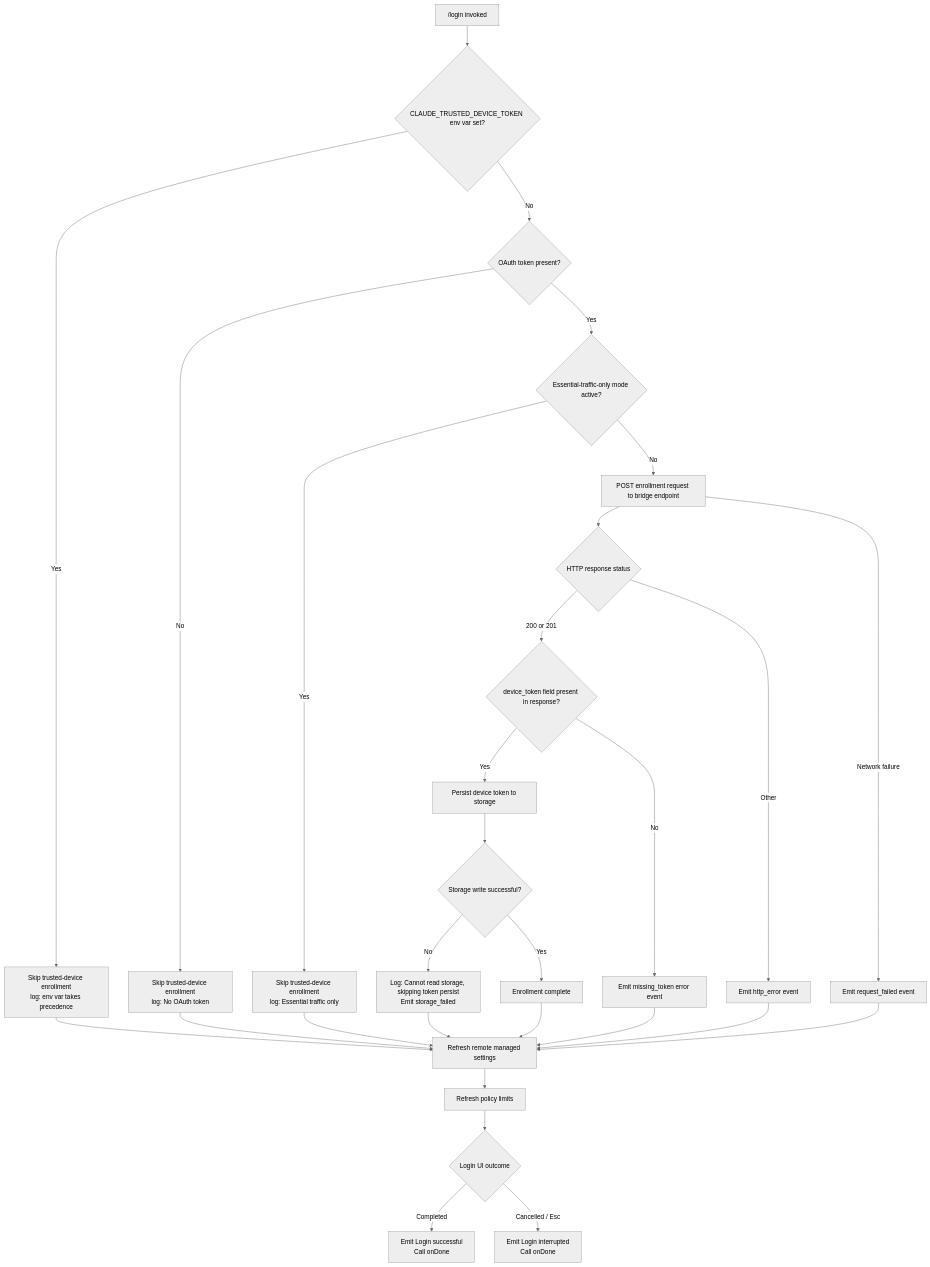
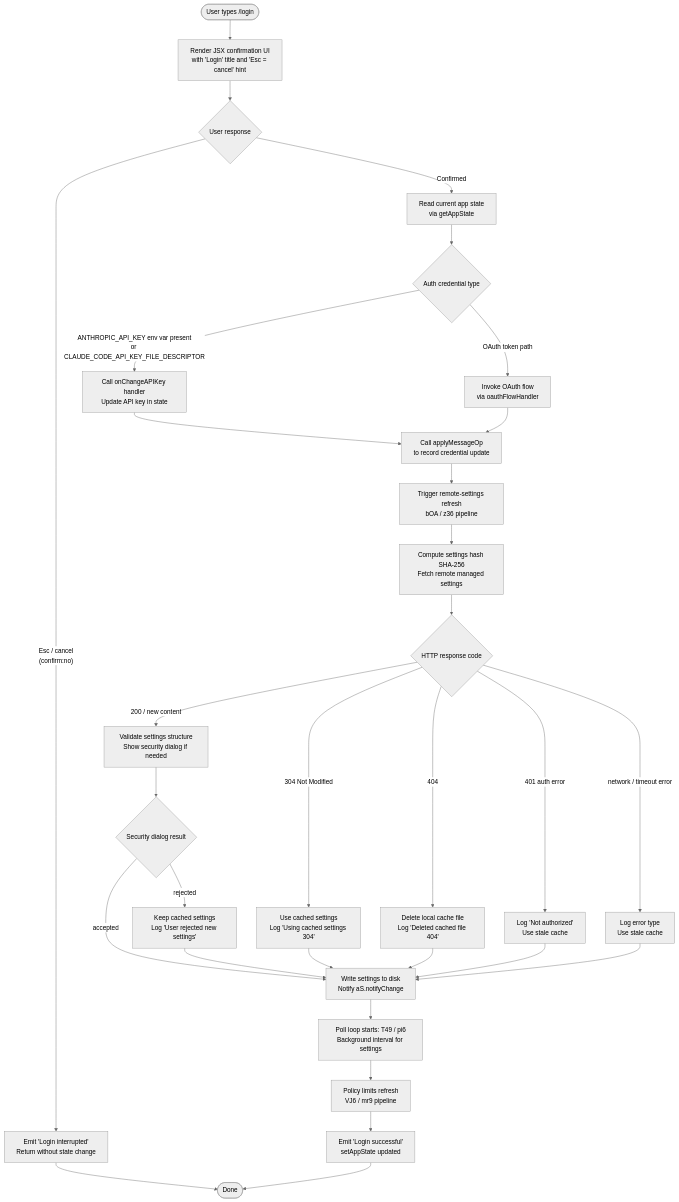
The diagram in versions/v2.1.133/login.md (MyLittleLuckyDog/cc-gnothi), drawn with Mermaid (neutral theme) before and after one commit. The commit also changed other lines of this file and 95 other files, not shown here.

````diff
--- a/versions/v2.1.133/login.md
+++ b/versions/v2.1.133/login.md
@@ -46,24 +54,42 @@
 ```mermaid
 flowchart TD
-    A["/login invoked"] --> B{CLAUDE_TRUSTED_DEVICE_TOKEN env var set?}
-    B -- Yes --> C[Skip trusted-device enrollment\nlog: env var takes precedence]
-    B -- No --> D{OAuth token present?}
-    D -- No --> E[Skip trusted-device enrollment\nlog: No OAuth token]
-    D -- Yes --> F{Essential-traffic-only mode active?}
-    F -- Yes --> G[Skip trusted-device enrollment\nlog: Essential traffic only]
-    F -- No --> H[POST enrollment request to bridge endpoint]
-    H --> I{HTTP response status}
-    I -- 200 or 201 --> J{device_token field present in response?}
-    J -- Yes --> K[Persist device token to storage]
-    J -- No --> L[Emit missing_token error event]
-    I -- Other --> M[Emit http_error event]
-    H -- Network failure --> N[Emit request_failed event]
-    K --> O{Storage write successful?}
-    O -- No --> P[Log: Cannot read storage, skipping token persist\nEmit storage_failed]
-    O -- Yes --> Q[Enrollment complete]
-    C & E & G & L & M & N & P & Q --> R[Refresh remote managed settings]
-    R --> S[Refresh policy limits]
-    S --> T{Login UI outcome}
-    T -- Completed --> U[Emit Login successful\nCall onDone]
-    T -- Cancelled / Esc --> V[Emit Login interrupted\nCall onDone]
+    A([User types /login]) --> B[Render JSX confirmation UI\nwith 'Login' title and 'Esc = cancel' hint]
+    B --> C{User response}
+
+    C -- "Esc / cancel\n(confirm:no)" --> D[Emit 'Login interrupted'\nReturn without state change]
+
+    C -- "Confirmed" --> E[Read current app state\nvia getAppState]
+    E --> F{Auth credential type}
+
+    F -- "ANTHROPIC_API_KEY env var present\nor CLAUDE_CODE_API_KEY_FILE_DESCRIPTOR" --> G[Call onChangeAPIKey handler\nUpdate API key in state]
+    F -- "OAuth token path" --> H[Invoke OAuth flow\nvia oauthFlowHandler]
+
+    G --> I[Call applyMessageOp\nto record credential update]
+    H --> I
+
+    I --> J[Trigger remote-settings refresh\nbOA / z36 pipeline]
+    J --> K[Compute settings hash SHA-256\nFetch remote managed settings]
+    K --> L{HTTP response code}
+
+    L -- "200 / new content" --> M[Validate settings structure\nShow security dialog if needed]
+    L -- "304 Not Modified" --> N[Use cached settings\nLog 'Using cached settings 304']
+    L -- "404" --> O[Delete local cache file\nLog 'Deleted cached file 404']
+    L -- "401 auth error" --> P[Log 'Not authorized'\nUse stale cache]
+    L -- "network / timeout error" --> Q[Log error type\nUse stale cache]
+
+    M --> R{Security dialog result}
+    R -- "accepted" --> S[Write settings to disk\nNotify aS.notifyChange]
+    R -- "rejected" --> T[Keep cached settings\nLog 'User rejected new settings']
+
+    N --> S
+    O --> S
+    P --> S
+    Q --> S
+    T --> S
+
+    S --> U[Poll loop starts: T49 / pi6\nBackground interval for settings]
+    U --> V[Policy limits refresh\nVJ6 / mr9 pipeline]
+    V --> W[Emit 'Login successful'\nsetAppState updated]
+    D --> X([Done])
+    W --> X
 ```
````
